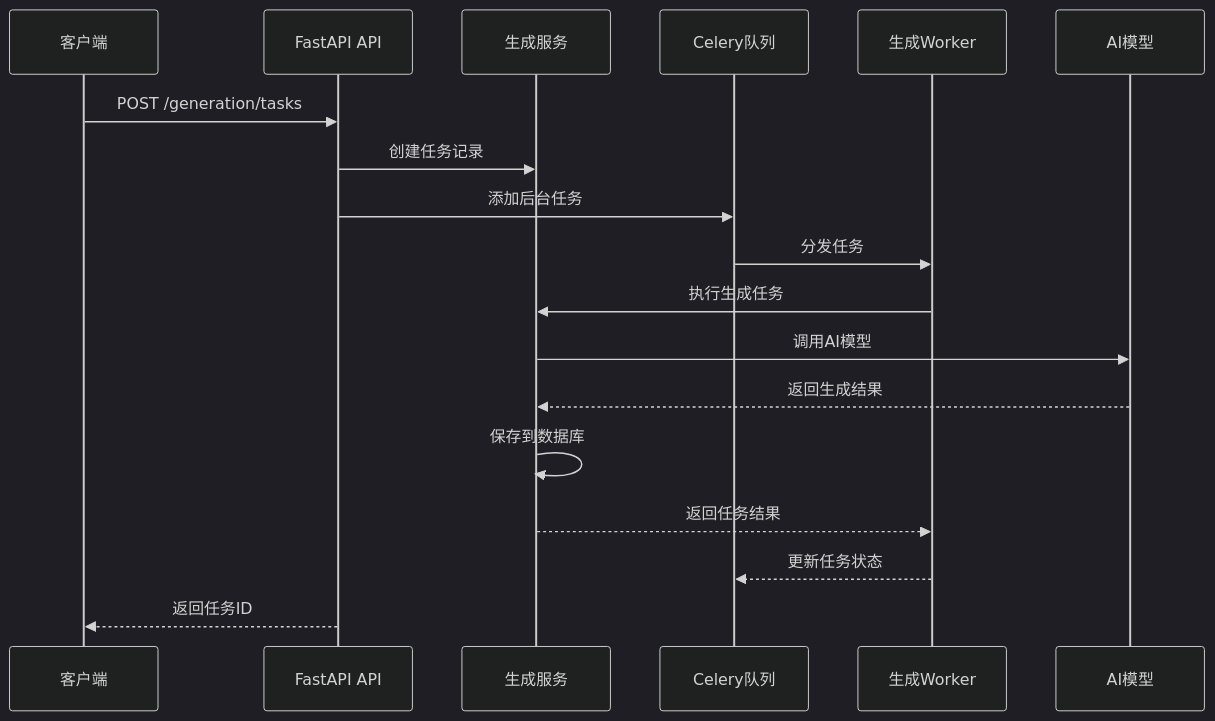
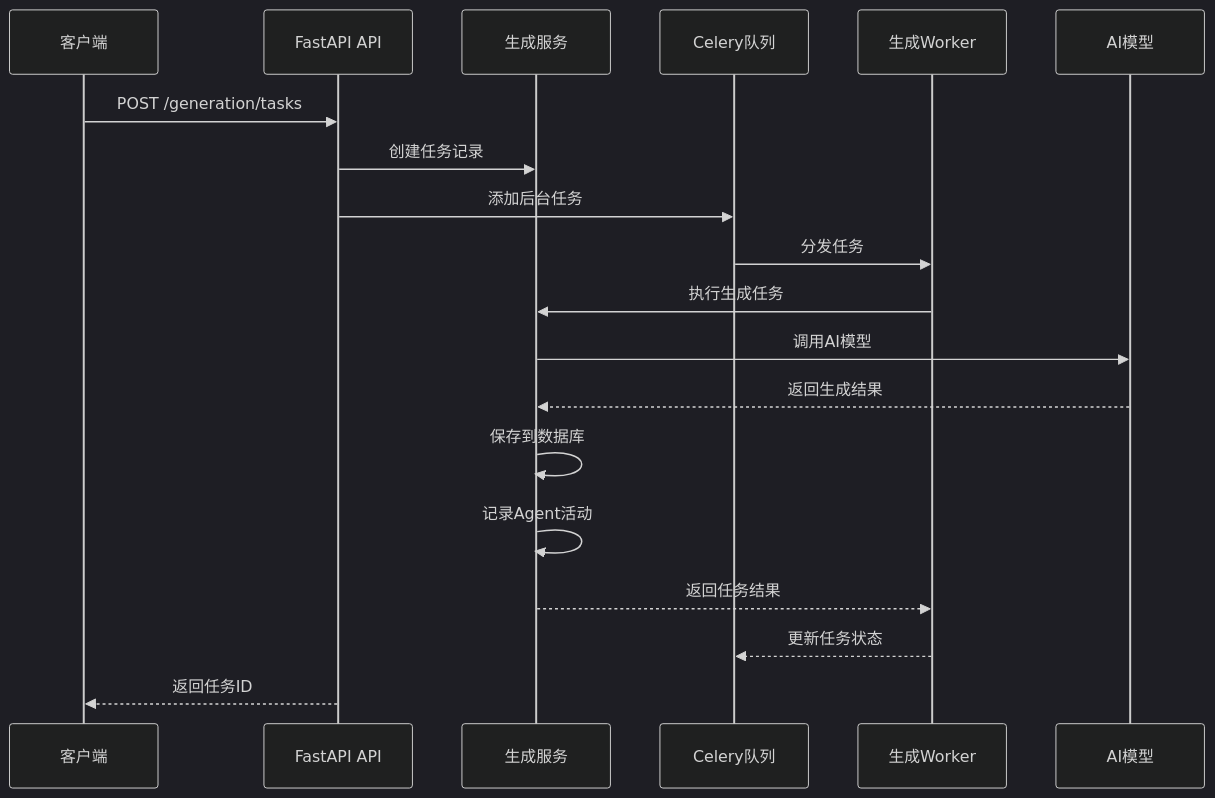
Before and after one commit to xfbyxq/ai-novel-system: the third of 10 diagrams in .qoder/repowiki/zh/content/Generation Service.md, drawn with Mermaid (dark theme). The commit also changed other lines of this file and 4 other files, not shown here.

````diff
--- a/.qoder/repowiki/zh/content/Generation Service.md
+++ b/.qoder/repowiki/zh/content/Generation Service.md
@@ -164,20 +203,21 @@
 ```mermaid
 sequenceDiagram
 participant Client as 客户端
 participant API as FastAPI API
 participant Service as 生成服务
 participant Queue as Celery队列
 participant Worker as 生成Worker
 participant LLM as AI模型
 Client->>API : POST /generation/tasks
 API->>Service : 创建任务记录
 API->>Queue : 添加后台任务
 Queue->>Worker : 分发任务
 Worker->>Service : 执行生成任务
 Service->>LLM : 调用AI模型
 LLM-->>Service : 返回生成结果
 Service->>Service : 保存到数据库
+Service->>Service : 记录Agent活动
 Service-->>Worker : 返回任务结果
 Worker-->>Queue : 更新任务状态
 API-->>Client : 返回任务ID
 ```
````
